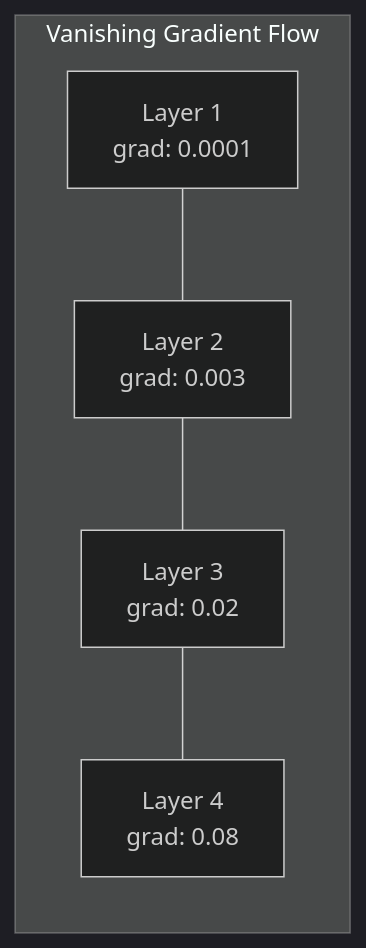
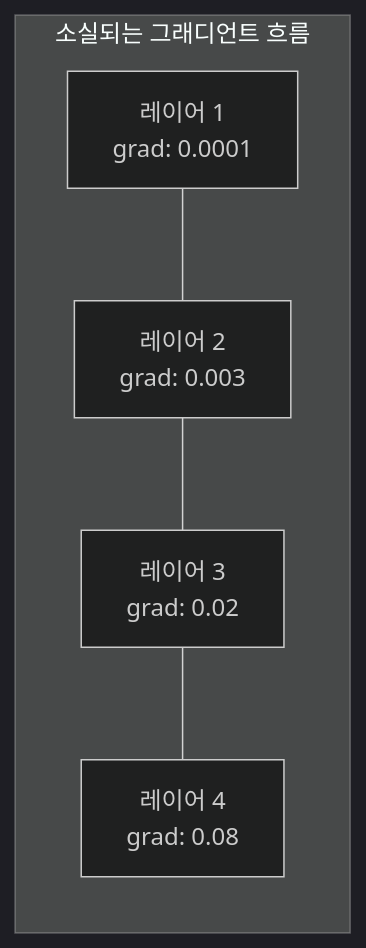
One commit to ChoBazzi/ai-engineering-from-scratch changed the fourth of 5 diagrams in phases/03-deep-learning-core/13-debugging-neural-networks/docs/en.md. Above: the diagram before and after it, drawn with Mermaid (dark theme). The commit also changed other lines of this file and 868 other files, not shown here.

````diff
--- a/phases/03-deep-learning-core/13-debugging-neural-networks/docs/en.md
+++ b/phases/03-deep-learning-core/13-debugging-neural-networks/docs/en.md
@@ -140,6 +140,6 @@
 ```mermaid
 graph LR
-    subgraph "Vanishing Gradient Flow"
-        V1["Layer 1<br/>grad: 0.0001"] --- V2["Layer 2<br/>grad: 0.003"] --- V3["Layer 3<br/>grad: 0.02"] --- V4["Layer 4<br/>grad: 0.08"]
+    subgraph "소실되는 그래디언트 흐름"
+        V1["레이어 1<br/>grad: 0.0001"] --- V2["레이어 2<br/>grad: 0.003"] --- V3["레이어 3<br/>grad: 0.02"] --- V4["레이어 4<br/>grad: 0.08"]
     end
 ```
````
